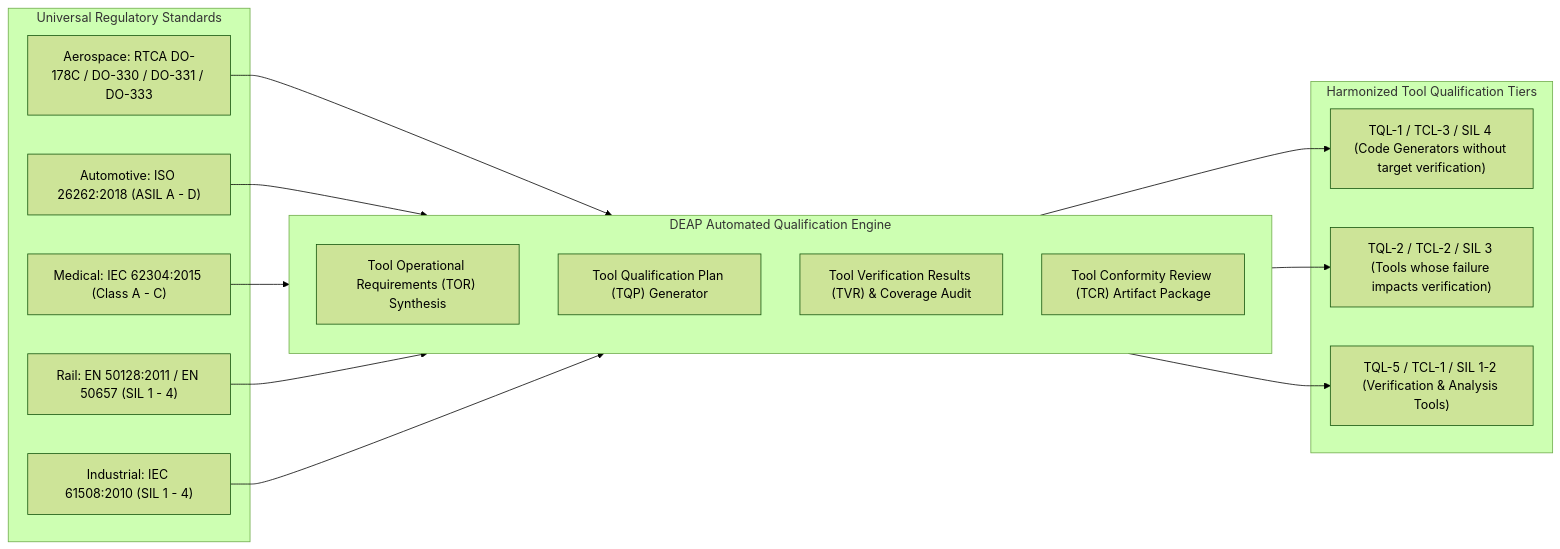
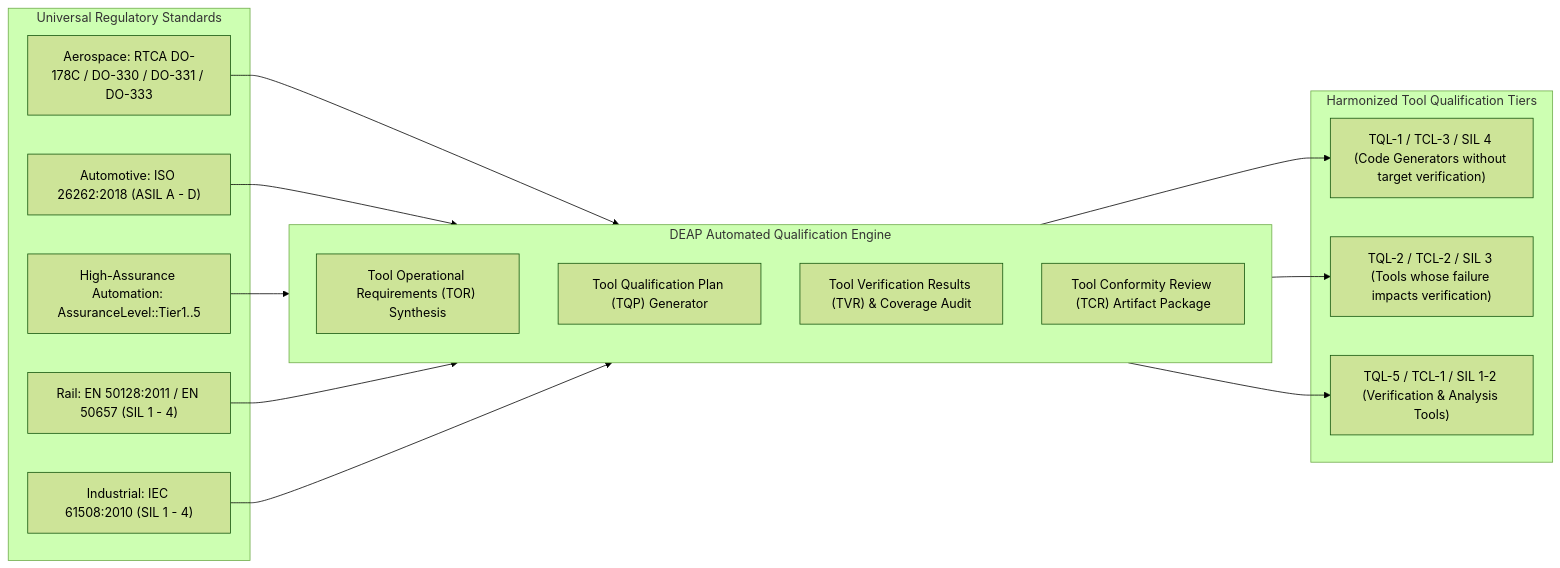
Before and after one commit to gintatkinson/DEAP01-spec-core: the ninth of 10 diagrams in docs/architecture/blueprints/DEAP_MULTI_TOOLCHAIN_SYNTHESIS_ARCHITECTURE.md, drawn with Mermaid (forest theme). The commit also changed other lines of this file and 34 other files, not shown here.

Commit message:
docs(architecture): decontaminate reference blueprints and establish master execution plan (refs #405, refs #406)

````diff
--- a/docs/architecture/blueprints/DEAP_MULTI_TOOLCHAIN_SYNTHESIS_ARCHITECTURE.md
+++ b/docs/architecture/blueprints/DEAP_MULTI_TOOLCHAIN_SYNTHESIS_ARCHITECTURE.md
@@ -687,33 +753,33 @@
 ```mermaid
 flowchart LR
     subgraph Regulatory_Domains ["Universal Regulatory Standards"]
         Aero["Aerospace: RTCA DO-178C / DO-330 / DO-331 / DO-333"]
         Auto["Automotive: ISO 26262:2018 (ASIL A - D)"]
-        Med["Medical: IEC 62304:2015 (Class A - C)"]
+        Med["High-Assurance Automation: AssuranceLevel::Tier1..5"]
         Rail["Rail: EN 50128:2011 / EN 50657 (SIL 1 - 4)"]
         Ind["Industrial: IEC 61508:2010 (SIL 1 - 4)"]
     end
 
     subgraph DEAP_Qual_Engine ["DEAP Automated Qualification Engine"]
         TOR["Tool Operational Requirements (TOR) Synthesis"]
         TQP["Tool Qualification Plan (TQP) Generator"]
         TVR["Tool Verification Results (TVR) & Coverage Audit"]
         TCR["Tool Conformity Review (TCR) Artifact Package"]
     end
 
     subgraph Qualification_Levels ["Harmonized Tool Qualification Tiers"]
         TQL1["TQL-1 / TCL-3 / SIL 4 (Code Generators without target verification)"]
         TQL2["TQL-2 / TCL-2 / SIL 3 (Tools whose failure impacts verification)"]
         TQL5["TQL-5 / TCL-1 / SIL 1-2 (Verification & Analysis Tools)"]
     end
 
     Aero --> DEAP_Qual_Engine
     Auto --> DEAP_Qual_Engine
     Med --> DEAP_Qual_Engine
     Rail --> DEAP_Qual_Engine
     Ind --> DEAP_Qual_Engine
 
     DEAP_Qual_Engine --> TQL1
     DEAP_Qual_Engine --> TQL2
     DEAP_Qual_Engine --> TQL5
 ```
````
